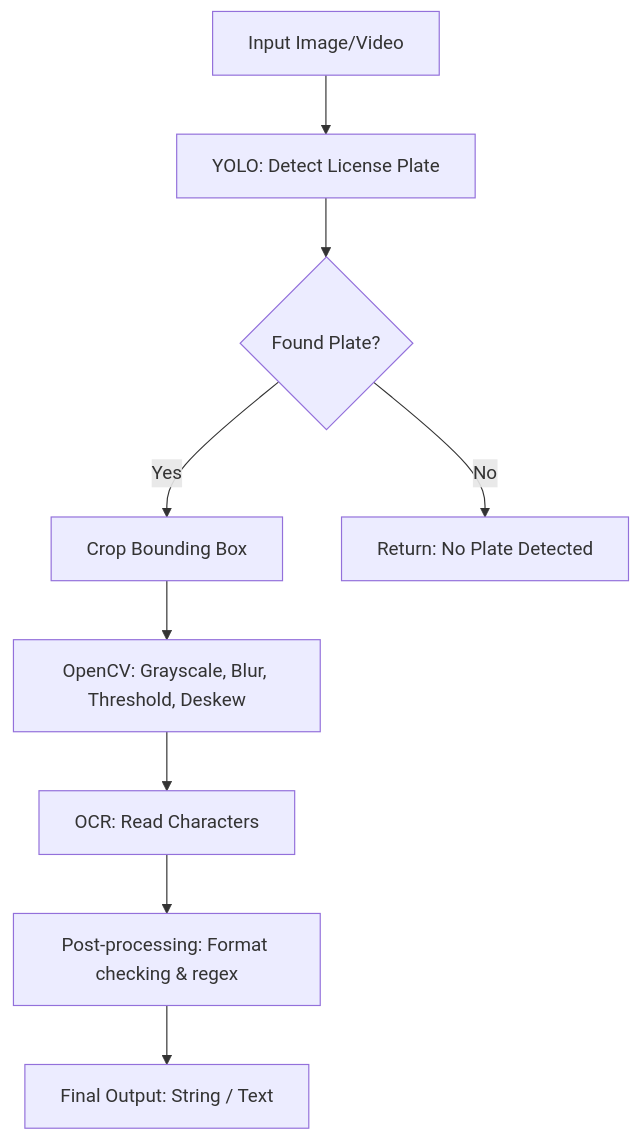
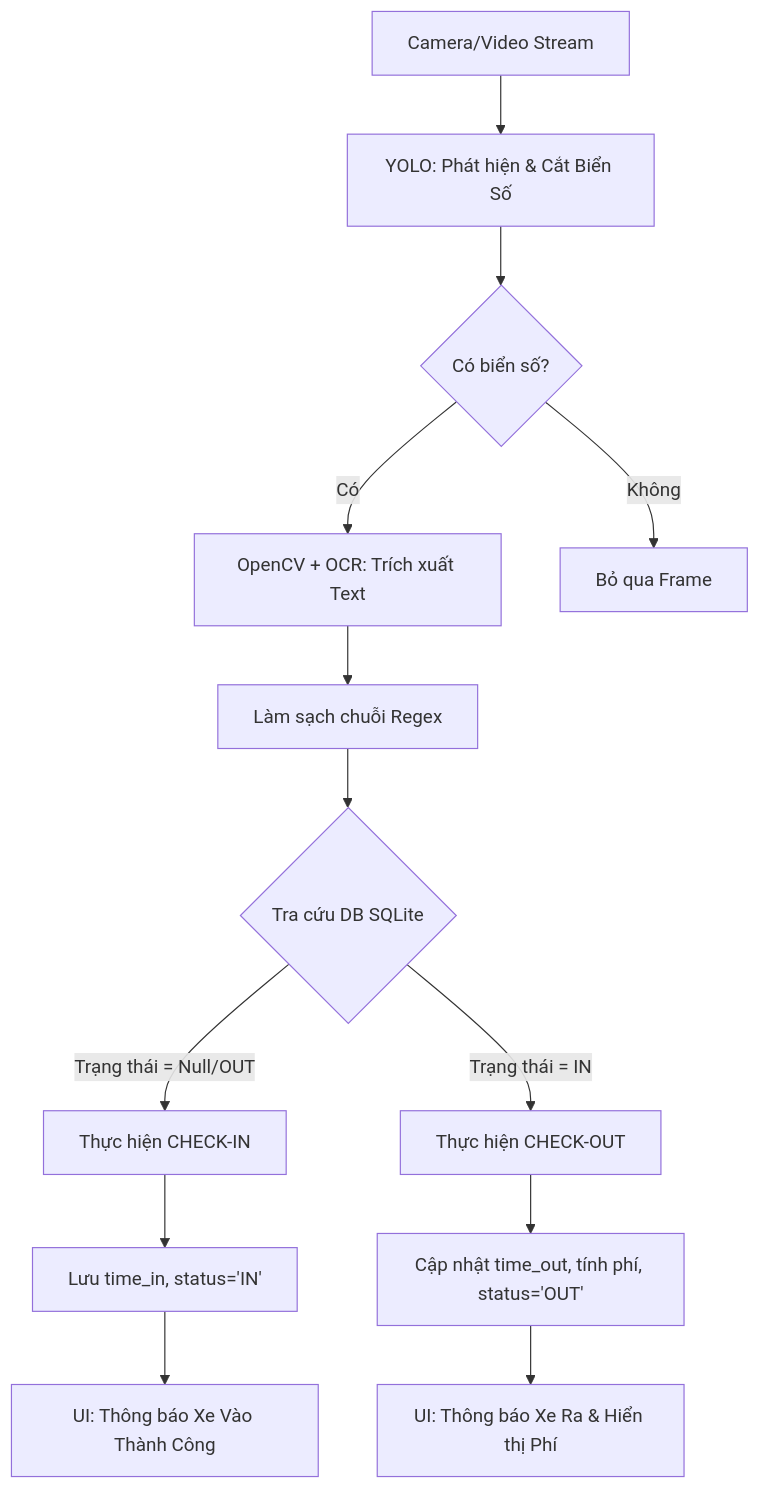
The diagram in LPR_Project_Roadmap.md (PhucTruong11/LPR_Project), drawn with Mermaid before and after one commit. The commit also changed other lines of this file and 23 other files, not shown here.

````diff
--- a/LPR_Project_Roadmap.md
+++ b/LPR_Project_Roadmap.md
@@ -84,11 +66,15 @@
 ```mermaid
 graph TD;
-    A[Input Image/Video] --> B[YOLO: Detect License Plate];
-    B --> C{Found Plate?};
-    C -- Yes --> D[Crop Bounding Box];
-    C -- No --> E[Return: No Plate Detected];
-    D --> F[OpenCV: Grayscale, Blur, Threshold, Deskew];
-    F --> G[OCR: Read Characters];
-    G --> H[Post-processing: Format checking & regex];
-    H --> I[Final Output: String / Text];
+    A[Camera/Video Stream] --> B[YOLO: Phát hiện & Cắt Biển Số];
+    B --> C{Có biển số?};
+    C -- Có --> D[OpenCV + OCR: Trích xuất Text];
+    C -- Không --> E[Bỏ qua Frame];
+    D --> F[Làm sạch chuỗi Regex];
+    F --> G{Tra cứu DB SQLite};
+    G -- Trạng thái = Null/OUT --> H[Thực hiện CHECK-IN];
+    H --> H1[Lưu time_in, status='IN'];
+    G -- Trạng thái = IN --> I[Thực hiện CHECK-OUT];
+    I --> I1[Cập nhật time_out, tính phí, status='OUT'];
+    H1 --> J[UI: Thông báo Xe Vào Thành Công];
+    I1 --> K[UI: Thông báo Xe Ra & Hiển thị Phí];
 ```
````
